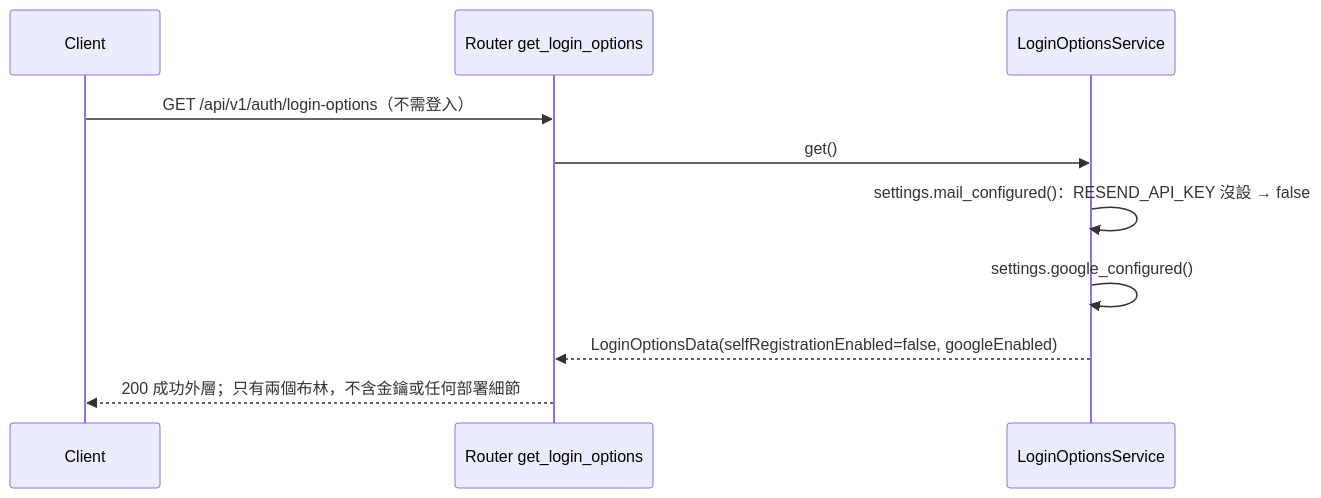
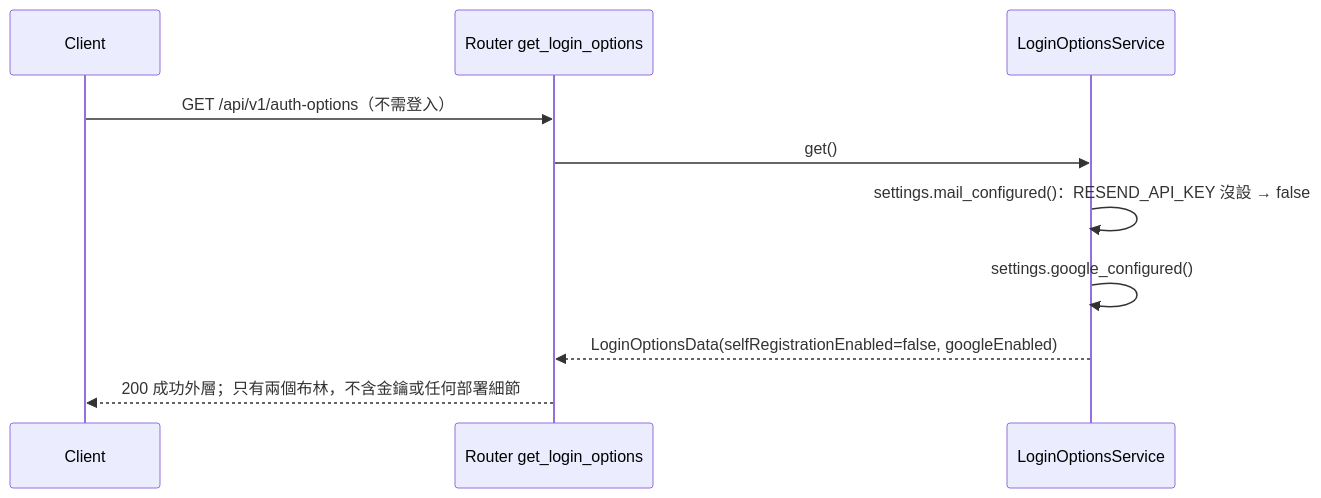
Before and after one commit to label-suite/label-suite: diagram 18 of 30 in openspec/changes/login-auth-guard/system-design.md, drawn with Mermaid. The commit also changed other lines of this file and 4 other files, not shown here.

First line of the commit message:
docs: write the api contract for login and auth guard (#719)

````diff
--- a/openspec/changes/login-auth-guard/system-design.md
+++ b/openspec/changes/login-auth-guard/system-design.md
@@ -712,12 +712,12 @@
 ```mermaid
 sequenceDiagram
   participant C as Client
   participant R as Router get_login_options
   participant O as LoginOptionsService
-  C->>R: GET /api/v1/auth/login-options（不需登入）
+  C->>R: GET /api/v1/auth-options（不需登入）
   R->>O: get()
   O->>O: settings.mail_configured()：RESEND_API_KEY 沒設 → false
   O->>O: settings.google_configured()
   O-->>R: LoginOptionsData(selfRegistrationEnabled=false, googleEnabled)
   R-->>C: 200 成功外層；只有兩個布林，不含金鑰或任何部署細節
 ```
````
